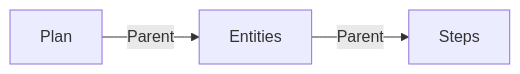
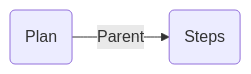
The sixth of 7 diagrams in docs/documentation/about.md (anismegdiche/metal-server), drawn with Mermaid before and after one commit. The commit also changed other lines of this file and 125 other files, not shown here.

````diff
--- a/docs/documentation/about.md
+++ b/docs/documentation/about.md
@@ -116,4 +116,4 @@
 ```mermaid
 graph LR
-Plan -- Parent --> Entities -- Parent --> Steps
+    Plan(Plan) -- Parent --> Steps(Steps)
 ```
````
